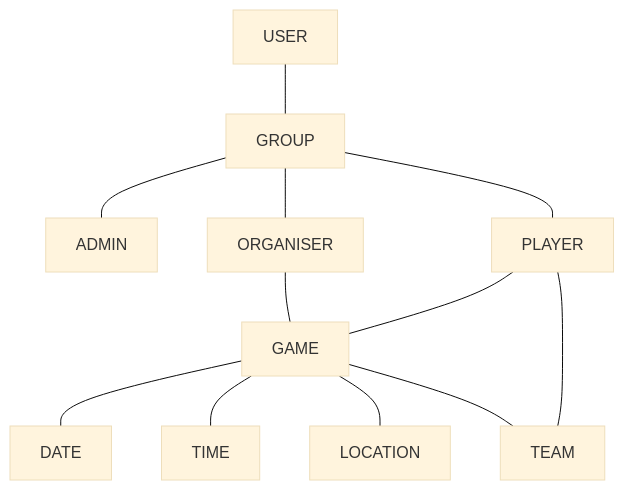
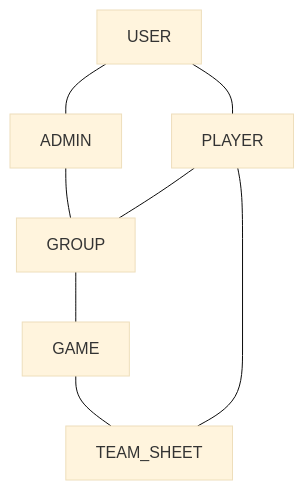
The first of 2 diagrams in README.md (MichaelM9/5-A-Side-Organiser), drawn with Mermaid (base theme) before and after one commit. The commit also changed other lines of this file, not shown here.

````diff
--- a/README.md
+++ b/README.md
@@ -37,14 +37,10 @@
 ```mermaid
 flowchart
-USER --- GROUP
-GROUP --- ADMIN
-GROUP --- ORGANISER
-GROUP --- PLAYER
-ORGANISER --- GAME
-PLAYER --- GAME
-PLAYER --- TEAM
-GAME --- DATE
-GAME --- TIME
-GAME --- LOCATION
-GAME --- TEAM
+USER --- ADMIN
+USER --- PLAYER
+ADMIN --- GROUP
+PLAYER --- GROUP
+GROUP --- GAME
+GAME --- TEAM_SHEET
+PLAYER --- TEAM_SHEET
 ```
````
